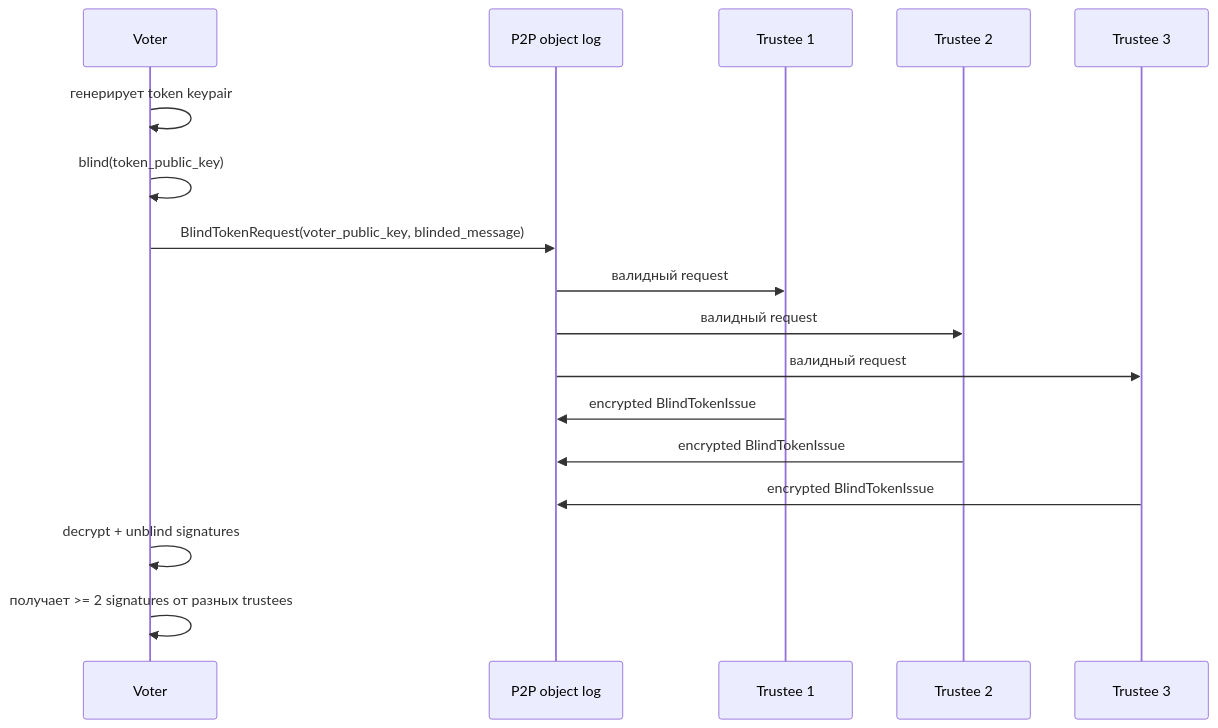
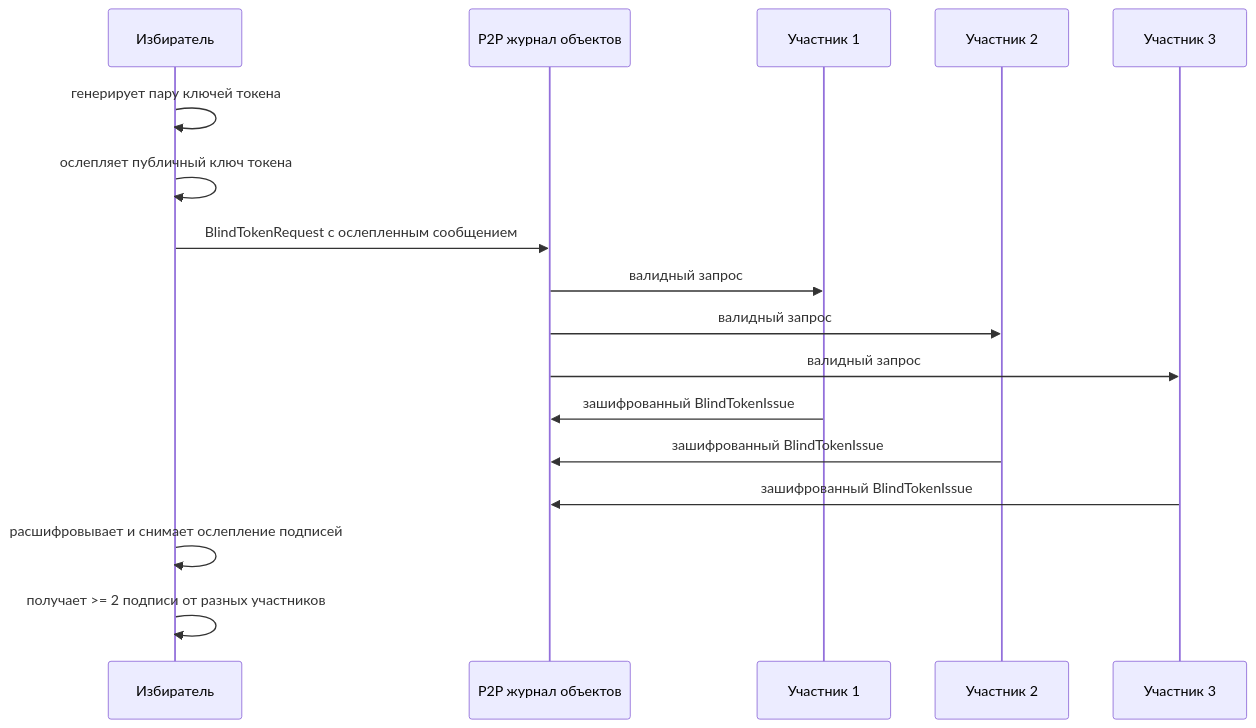
Before and after one commit to arshtanko/librevote: diagram 12 of 17 in librevote-presentation-ru.md, drawn with Mermaid. The commit also changed other lines of this file, not shown here.

````diff
--- a/librevote-presentation-ru.md
+++ b/librevote-presentation-ru.md
@@ -329,20 +355,20 @@
 ```mermaid
 sequenceDiagram
-  participant V as Voter
-  participant P2P as P2P object log
-  participant T1 as Trustee 1
-  participant T2 as Trustee 2
-  participant T3 as Trustee 3
+  participant V as Избиратель
+  participant P2P as P2P журнал объектов
+  participant T1 as Участник 1
+  participant T2 as Участник 2
+  participant T3 as Участник 3
 
-  V->>V: генерирует token keypair
-  V->>V: blind(token_public_key)
-  V->>P2P: BlindTokenRequest(voter_public_key, blinded_message)
-  P2P->>T1: валидный request
-  P2P->>T2: валидный request
-  P2P->>T3: валидный request
-  T1->>P2P: encrypted BlindTokenIssue
-  T2->>P2P: encrypted BlindTokenIssue
-  T3->>P2P: encrypted BlindTokenIssue
-  V->>V: decrypt + unblind signatures
-  V->>V: получает >= 2 signatures от разных trustees
+  V->>V: генерирует пару ключей токена
+  V->>V: ослепляет публичный ключ токена
+  V->>P2P: BlindTokenRequest с ослепленным сообщением
+  P2P->>T1: валидный запрос
+  P2P->>T2: валидный запрос
+  P2P->>T3: валидный запрос
+  T1->>P2P: зашифрованный BlindTokenIssue
+  T2->>P2P: зашифрованный BlindTokenIssue
+  T3->>P2P: зашифрованный BlindTokenIssue
+  V->>V: расшифровывает и снимает ослепление подписей
+  V->>V: получает >= 2 подписи от разных участников
 ```
````
